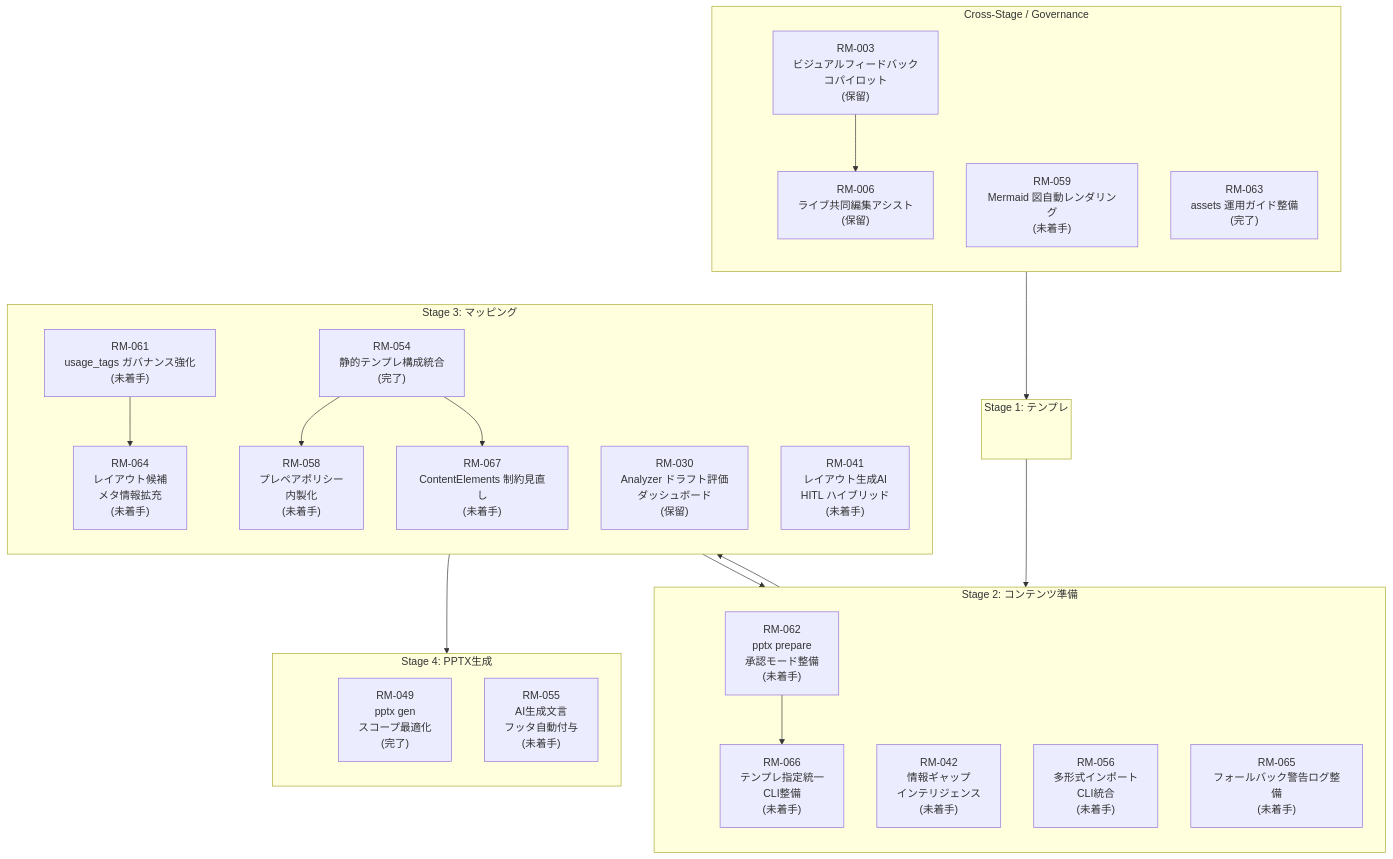
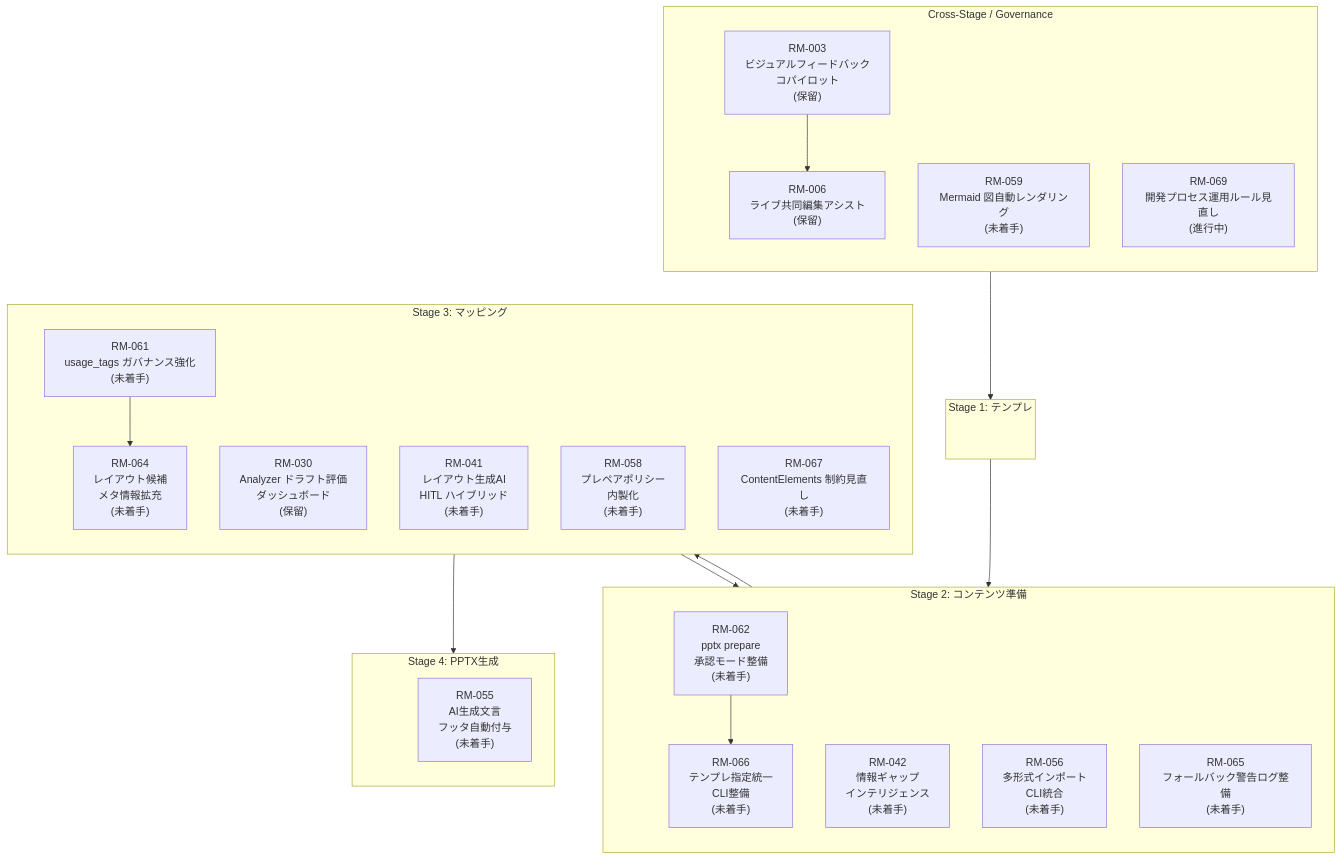
The diagram in docs/roadmap/roadmap.md (yurake/pptx_generator), drawn with Mermaid before and after one commit. The commit also changed other lines of this file and 5 other files, not shown here.

````diff
--- a/docs/roadmap/roadmap.md
+++ b/docs/roadmap/roadmap.md
@@ -25,60 +25,56 @@
 ```mermaid
 flowchart TB
     subgraph GOV["Cross-Stage / Governance"]
         direction TB
         GOV_ANCHOR(( ))
         RM003["RM-003<br/>ビジュアルフィードバック<br/>コパイロット<br/>(保留)"]
         RM006["RM-006<br/>ライブ共同編集アシスト<br/>(保留)"]
         RM059["RM-059<br/>Mermaid 図自動レンダリング<br/>(未着手)"]
-        RM063["RM-063<br/>assets 運用ガイド整備<br/>(完了)"]
+        RM069["RM-069<br/>開発プロセス運用ルール見直し<br/>(進行中)"]
     end
 
     subgraph ST1["Stage 1: テンプレ"]
         direction TB
         ST1_ANCHOR(( ))
     end
 
     subgraph ST2["Stage 2: コンテンツ準備"]
         direction TB
         ST2_ANCHOR(( ))
         RM042["RM-042<br/>情報ギャップ<br/>インテリジェンス<br/>(未着手)"]
         RM056["RM-056<br/>多形式インポート<br/>CLI統合<br/>(未着手)"]
         RM062["RM-062<br/>pptx prepare<br/>承認モード整備<br/>(未着手)"]
         RM065["RM-065<br/>フォールバック警告ログ整備<br/>(未着手)"]
         RM066["RM-066<br/>テンプレ指定統一<br/>CLI整備<br/>(未着手)"]
     end
 
     subgraph ST3["Stage 3: マッピング"]
         direction TB
         ST3_ANCHOR(( ))
         RM030["RM-030<br/>Analyzer ドラフト評価<br/>ダッシュボード<br/>(保留)"]
         RM041["RM-041<br/>レイアウト生成AI<br/>HITL ハイブリッド<br/>(未着手)"]
-        RM054["RM-054<br/>静的テンプレ構成統合<br/>(完了)"]
         RM058["RM-058<br/>プレペアポリシー<br/>内製化<br/>(未着手)"]
         RM061["RM-061<br/>usage_tags ガバナンス強化<br/>(未着手)"]
         RM064["RM-064<br/>レイアウト候補<br/>メタ情報拡充<br/>(未着手)"]
         RM067["RM-067<br/>ContentElements 制約見直し<br/>(未着手)"]
     end
 
     subgraph ST4["Stage 4: PPTX生成"]
         direction TB
         ST4_ANCHOR(( ))
-        RM049["RM-049<br/>pptx gen<br/>スコープ最適化<br/>(完了)"]
         RM055["RM-055<br/>AI生成文言<br/>フッタ自動付与<br/>(未着手)"]
     end
 
     style GOV_ANCHOR fill:transparent,stroke:transparent
     style ST1_ANCHOR fill:transparent,stroke:transparent
     style ST2_ANCHOR fill:transparent,stroke:transparent
     style ST3_ANCHOR fill:transparent,stroke:transparent
     style ST4_ANCHOR fill:transparent,stroke:transparent
 
     GOV_ANCHOR --> ST1_ANCHOR --> ST2_ANCHOR --> ST3_ANCHOR --> ST4_ANCHOR
 
     RM003 --> RM006
     RM061 --> RM064
     RM064 --> RM065
     RM062 --> RM066
-    RM054 --> RM058
-    RM054 --> RM067
 ```
````
